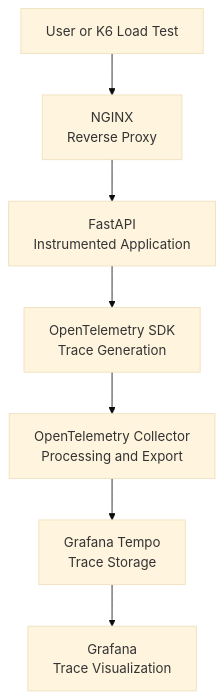
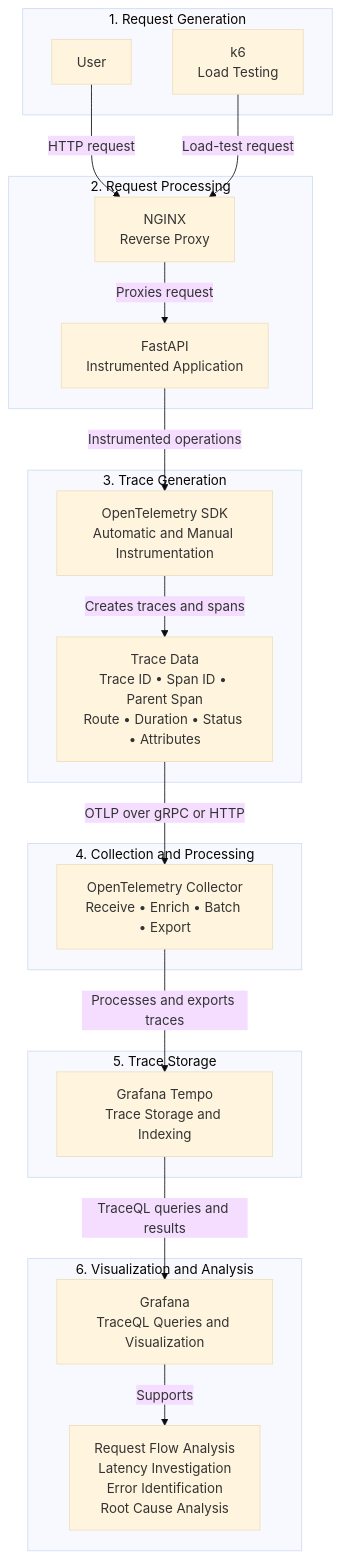
One commit to itamarsb/Observability-Engineering-Framework changed the fourth of 4 diagrams in README.md. Above: the diagram before and after it, drawn with Mermaid (base theme).

````diff
--- a/README.md
+++ b/README.md
@@ -246,18 +246,46 @@
 ```mermaid
-flowchart TD
 
-    USER[User or K6 Load Test]
-    NGINX[NGINX<br/>Reverse Proxy]
-    FASTAPI[FastAPI<br/>Instrumented Application]
-    OTELSDK[OpenTelemetry SDK<br/>Trace Generation]
-    OTELCOL[OpenTelemetry Collector<br/>Processing and Export]
-    TEMPO[Grafana Tempo<br/>Trace Storage]
-    GRAFANA[Grafana<br/>Trace Visualization]
+flowchart TB
+    subgraph REQUEST["1. Request Generation"]
+        USER["User"]
+        K6["k6<br/>Load Testing"]
+    end
 
-    USER --> NGINX
-    NGINX --> FASTAPI
-    FASTAPI --> OTELSDK
-    OTELSDK --> OTELCOL
-    OTELCOL --> TEMPO
-    TEMPO --> GRAFANA
+    subgraph APPLICATION["2. Request Processing"]
+        NGINX["NGINX<br/>Reverse Proxy"]
+        FASTAPI["FastAPI<br/>Instrumented Application"]
+    end
+
+    subgraph INSTRUMENTATION["3. Trace Generation"]
+        OTELSDK["OpenTelemetry SDK<br/>Automatic and Manual Instrumentation"]
+
+        TRACEDATA["Trace Data<br/>Trace ID • Span ID • Parent Span<br/>Route • Duration • Status • Attributes"]
+    end
+
+    subgraph COLLECTION["4. Collection and Processing"]
+        OTELCOL["OpenTelemetry Collector<br/>Receive • Enrich • Batch • Export"]
+    end
+
+    subgraph STORAGE["5. Trace Storage"]
+        TEMPO["Grafana Tempo<br/>Trace Storage and Indexing"]
+    end
+
+    subgraph ANALYSIS["6. Visualization and Analysis"]
+        GRAFANA["Grafana<br/>TraceQL Queries and Visualization"]
+
+        OUTCOMES["Request Flow Analysis<br/>Latency Investigation<br/>Error Identification<br/>Root Cause Analysis"]
+    end
+
+    USER -->|HTTP request| NGINX
+    K6 -->|Load-test request| NGINX
+    NGINX -->|Proxies request| FASTAPI
+
+    FASTAPI -->|Instrumented operations| OTELSDK
+    OTELSDK -->|Creates traces and spans| TRACEDATA
+    TRACEDATA -->|OTLP over gRPC or HTTP| OTELCOL
+
+    OTELCOL -->|Processes and exports traces| TEMPO
+    TEMPO -->|TraceQL queries and results| GRAFANA
+    GRAFANA -->|Supports| OUTCOMES
+
 ```
````
